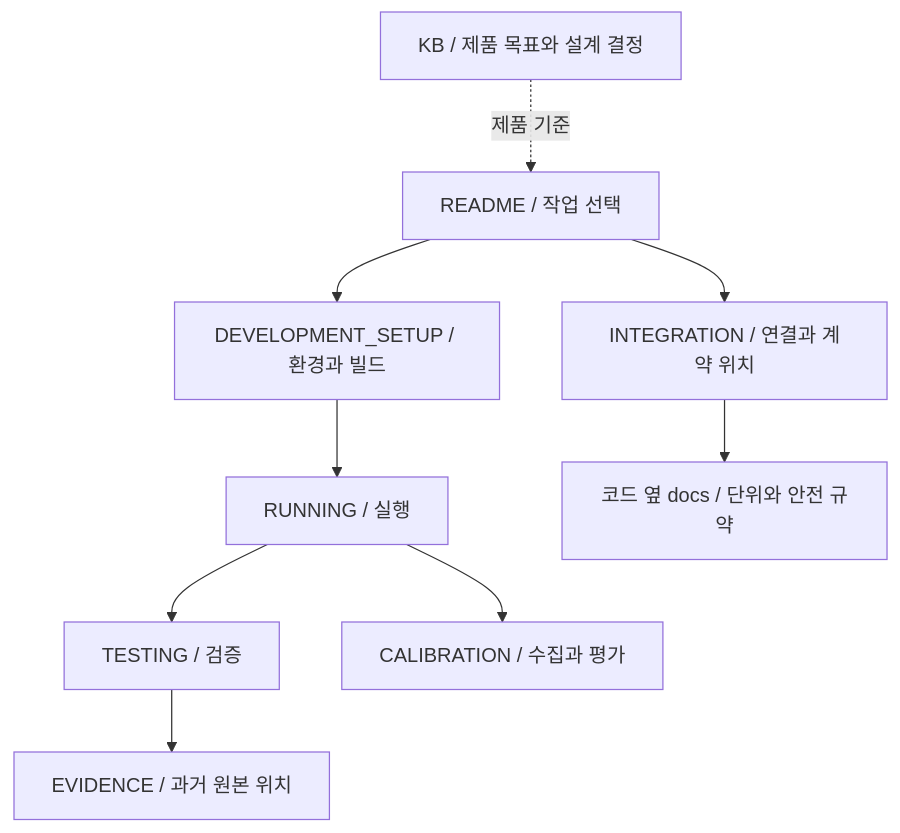
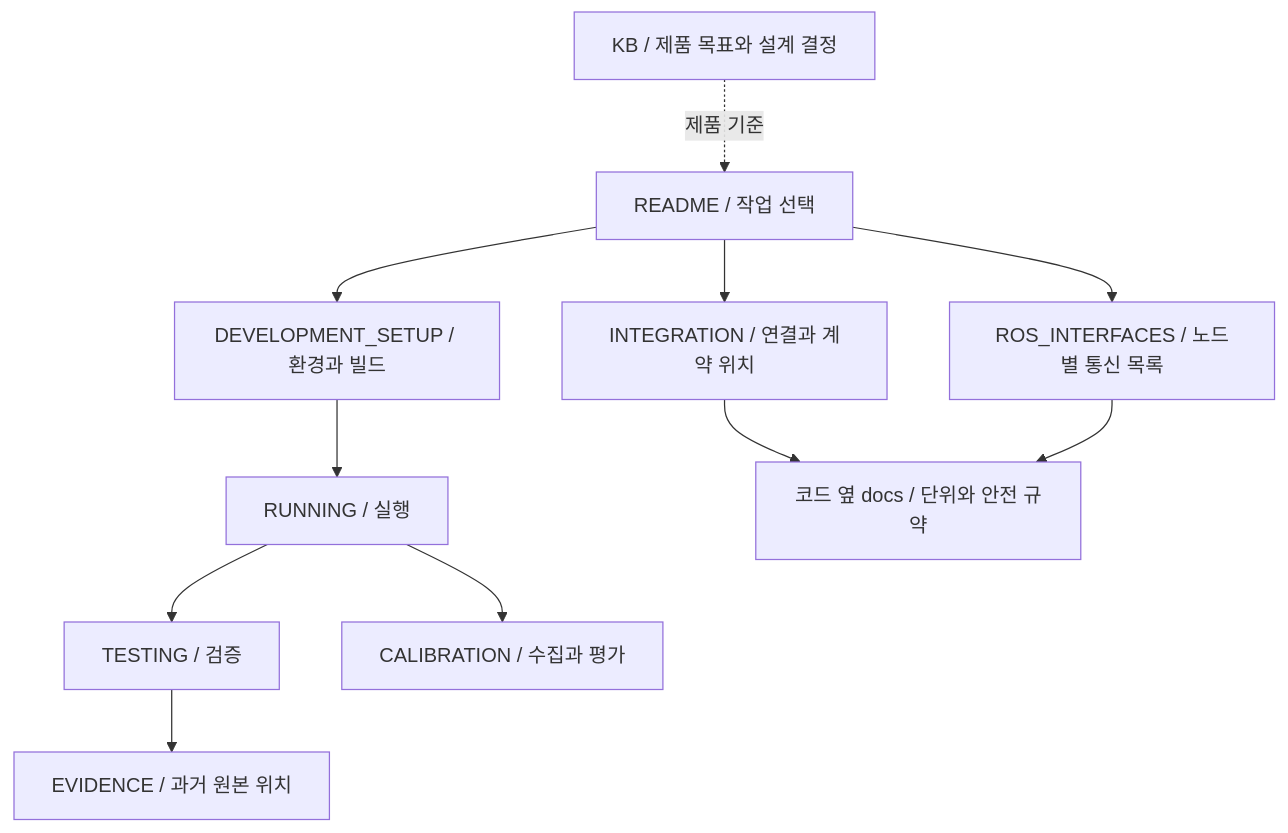
The diagram in README.md (asm17-moving-agent/cleany), drawn with Mermaid before and after one commit. The commit also changed other lines of this file and 23 other files, not shown here.

Commit message:
docs: ROS 노드별 인터페이스 표와 중앙 색인 추가

````diff
--- a/README.md
+++ b/README.md
@@ -7,20 +7,23 @@
 ```mermaid
 flowchart TB
     KB["KB / 제품 목표와 설계 결정"]
     Entry["README / 작업 선택"]
     Setup["DEVELOPMENT_SETUP / 환경과 빌드"]
     Run["RUNNING / 실행"]
     Test["TESTING / 검증"]
     Cal["CALIBRATION / 수집과 평가"]
     Contract["INTEGRATION / 연결과 계약 위치"]
     Ref["코드 옆 docs / 단위와 안전 규약"]
+    API["ROS_INTERFACES / 노드별 통신 목록"]
     Evidence["EVIDENCE / 과거 원본 위치"]
     KB -. "제품 기준" .-> Entry
     Entry --> Setup
     Setup --> Run
     Run --> Test
     Run --> Cal
     Entry --> Contract
     Contract --> Ref
+    Entry --> API
+    API --> Ref
     Test --> Evidence
 ```
````
